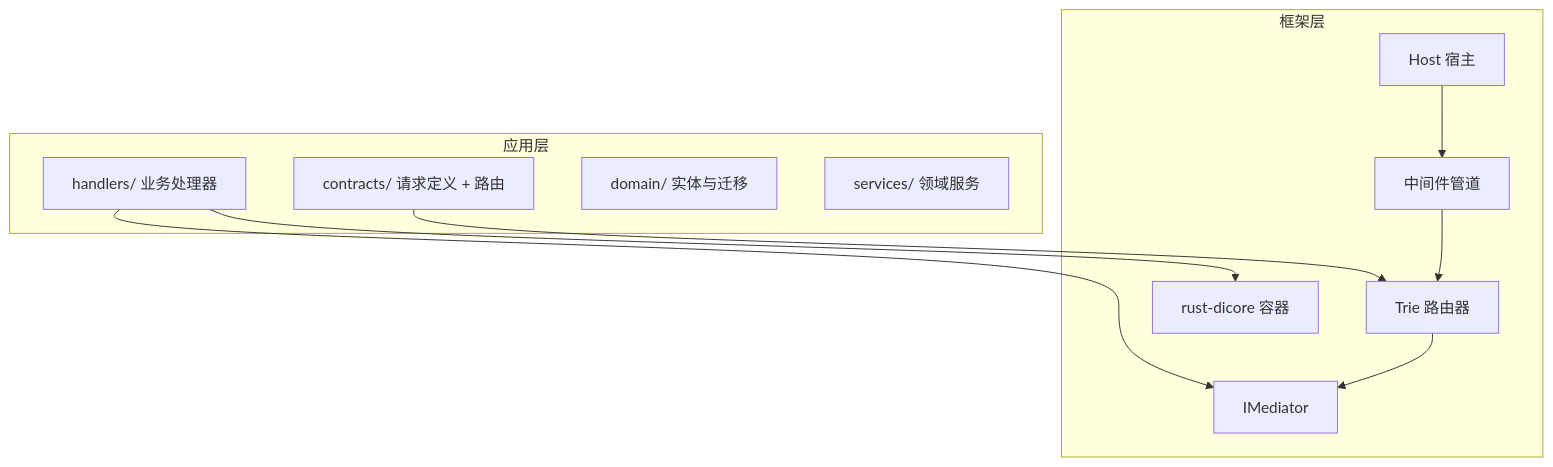
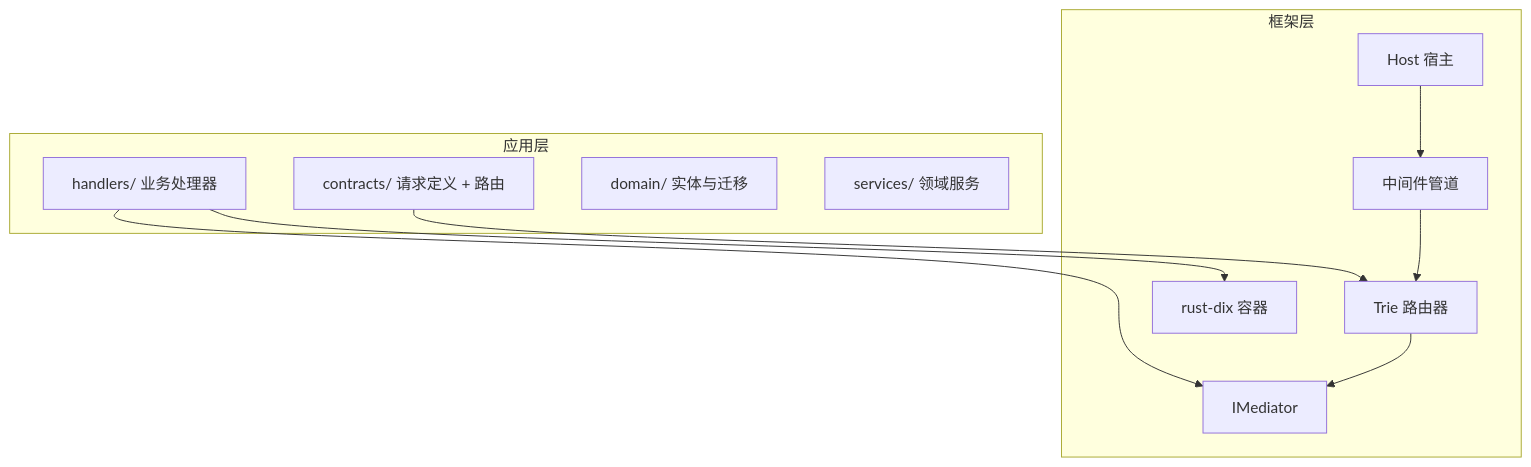
The diagram in docs/rust-webx/01-introduction/what-is-rust-webx.md (Rust-Framework/rust-webx), drawn with Mermaid before and after one commit. The commit also changed 211 other files, not shown here.

First line of the commit message:
feat!: architecture remediation phases 1-4 (v0.3.2)

````diff
--- a/docs/rust-webx/01-introduction/what-is-rust-webx.md
+++ b/docs/rust-webx/01-introduction/what-is-rust-webx.md
@@ -29,22 +29,22 @@
 ```mermaid
 graph TB
     subgraph 应用层
         Contracts[contracts/ 请求定义 + 路由]
         Handlers[handlers/ 业务处理器]
         Domain[domain/ 实体与迁移]
         Services[services/ 领域服务]
     end
 
     subgraph 框架层
         Host[Host 宿主]
         Pipeline[中间件管道]
         Router[Trie 路由器]
         Mediator[IMediator]
-        DI[rust-dicore 容器]
+        DI[rust-dix 容器]
     end
 
     Contracts --> Router
     Handlers --> Mediator
     Handlers --> DI
     Host --> Pipeline --> Router --> Mediator
 ```
````
